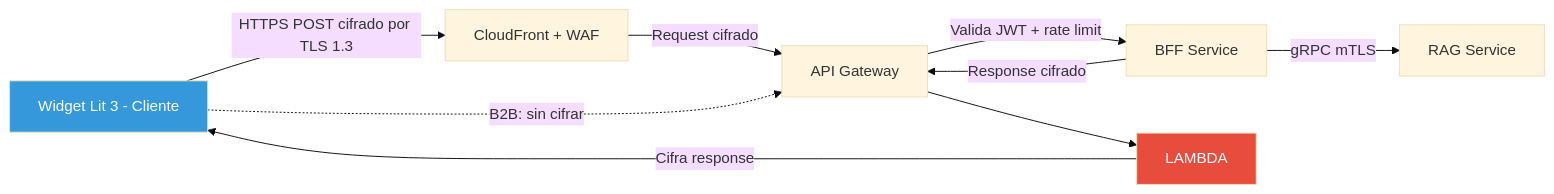
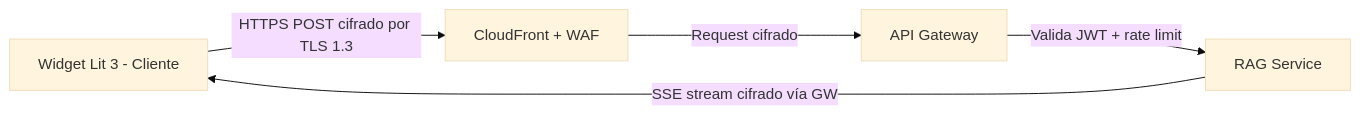
The fifth of 9 diagrams in docs/propuesta_tecnologica.md (johnruedal96/capillas), drawn with Mermaid (base theme) before and after one commit. The commit also changed other lines of this file, not shown here.

````diff
--- a/docs/propuesta_tecnologica.md
+++ b/docs/propuesta_tecnologica.md
@@ -238,20 +238,12 @@
 ```mermaid
 graph LR
     WIDGET[Widget Lit 3 - Cliente]
     CF[CloudFront + WAF]
     GW[API Gateway]
-    BFF[BFF Service]
     RAG[RAG Service]
 
     WIDGET -->|HTTPS POST cifrado por TLS 1.3| CF
     CF -->|Request cifrado| GW
-    GW -->|Valida JWT + rate limit| BFF
-    BFF -->|gRPC mTLS| RAG
-    BFF -->|Response cifrado| GW
-    GW --> LAMBDA
-    LAMBDA -->|Cifra response| WIDGET
-    WIDGET -.->|B2B: sin cifrar| GW
-
-    style LAMBDA fill:#e74c3c,color:#fff
-    style WIDGET fill:#3498db,color:#fff
+    GW -->|Valida JWT + rate limit| RAG
+    RAG -->|SSE stream cifrado vía GW| WIDGET
 ```
````
